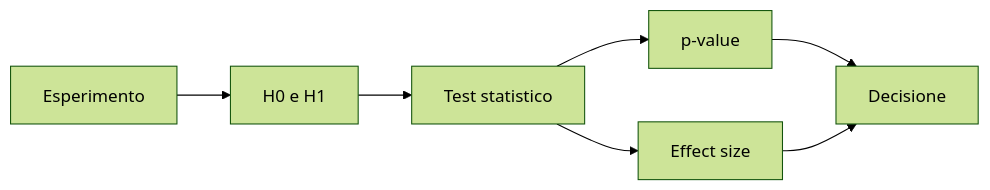
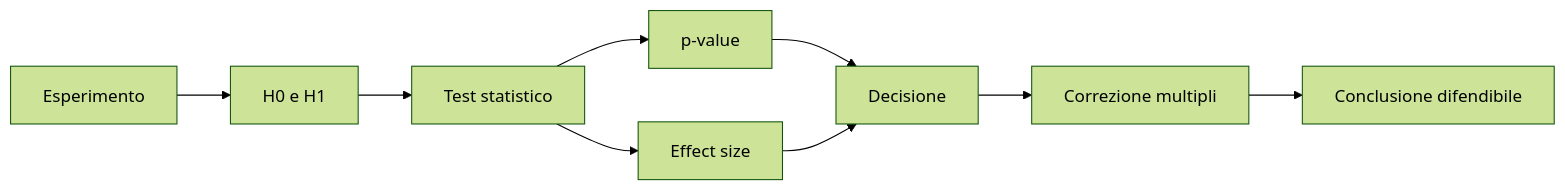
One commit to AndreyBertasini/gynnitech changed the diagram in src/content/corso/matematica-analisi-dati/test-ipotesi-e-test-non-parametrici.mdx. Above: the diagram before and after it, drawn with Mermaid (forest theme). The commit also changed other lines of this file and 28 other files, not shown here.

````diff
--- a/src/content/corso/matematica-analisi-dati/test-ipotesi-e-test-non-parametrici.mdx
+++ b/src/content/corso/matematica-analisi-dati/test-ipotesi-e-test-non-parametrici.mdx
@@ -15,9 +17,11 @@
 ```mermaid
 flowchart LR
     A[Esperimento] --> B[H0 e H1]
     B --> C[Test statistico]
     C --> D[p-value]
     C --> E[Effect size]
     D --> F[Decisione]
     E --> F
+    F --> G[Correzione multipli]
+    G --> H[Conclusione difendibile]
 ```
````
